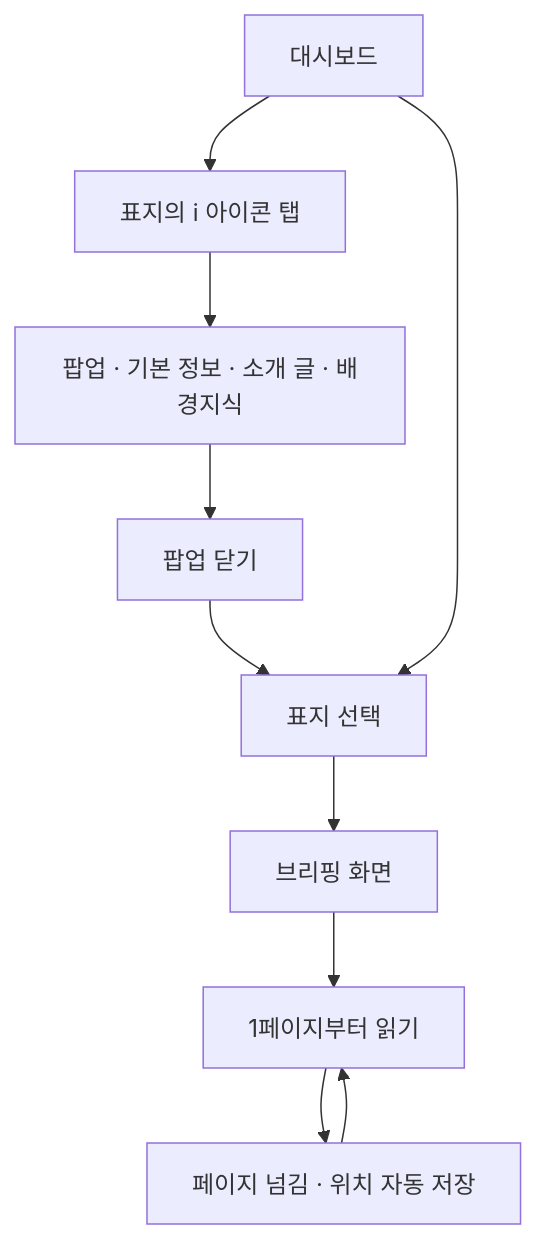
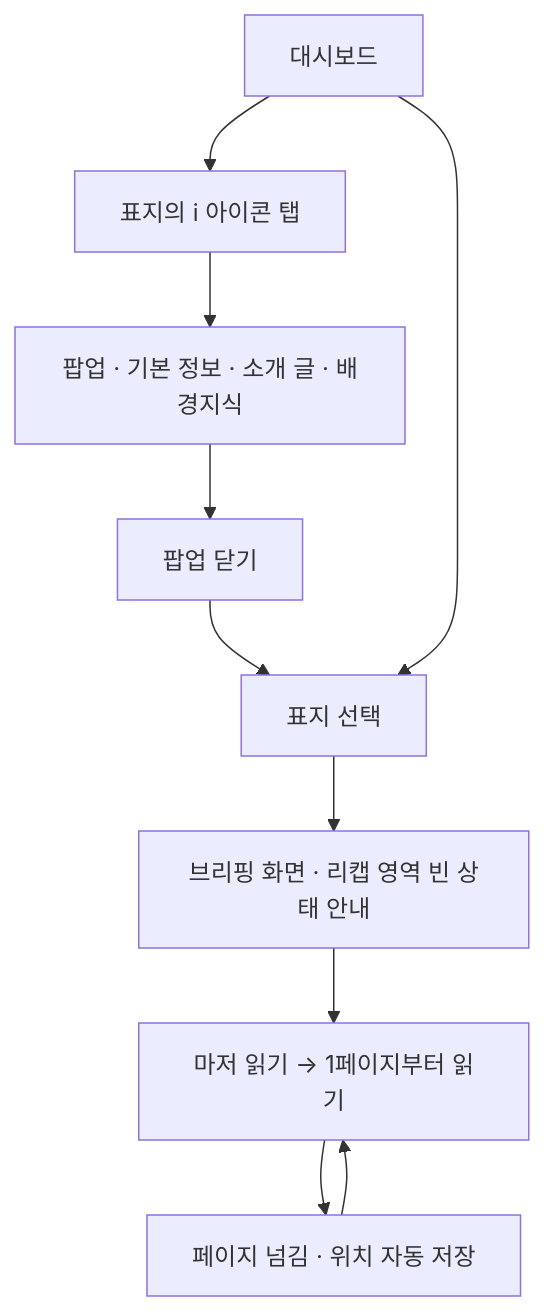
Before and after one commit to yemoyang9-a11y/GBSA_AWS_Readd: the third of 4 diagrams in UserFlow.md, drawn with Mermaid. The commit also changed other lines of this file and 9 other files, not shown here.

````diff
--- a/UserFlow.md
+++ b/UserFlow.md
@@ -94,12 +103,12 @@
 ```mermaid
 flowchart TD
     A[대시보드] --> B[표지의 i 아이콘 탭]
     B --> C[팝업 · 기본 정보 · 소개 글 · 배경지식]
     C --> D[팝업 닫기]
     D --> E[표지 선택]
     A --> E
-    E --> F[브리핑 화면]
-    F --> G[1페이지부터 읽기]
+    E --> F[브리핑 화면 · 리캡 영역 빈 상태 안내]
+    F --> G[마저 읽기 → 1페이지부터 읽기]
     G --> H[페이지 넘김 · 위치 자동 저장]
     H --> G
 ```
````
